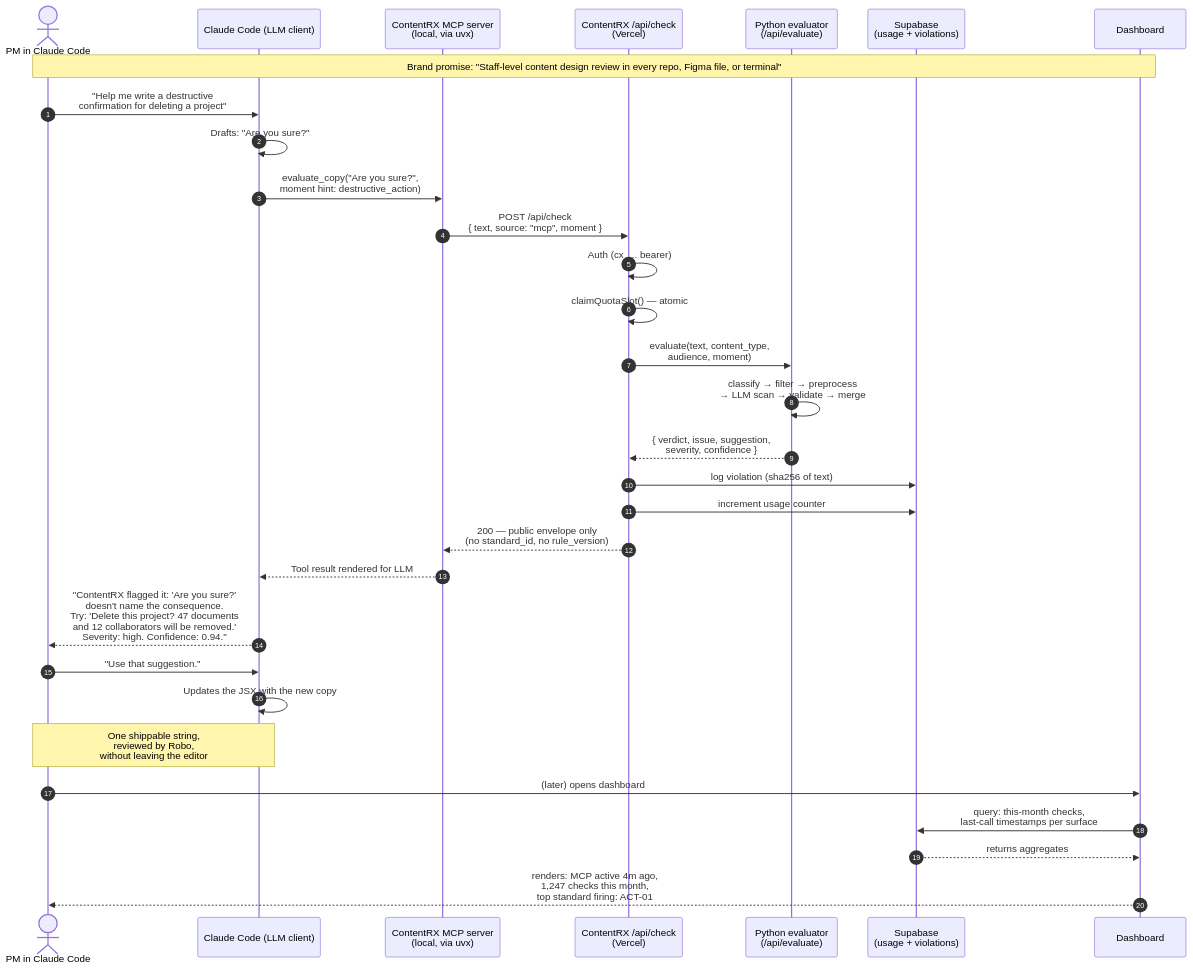
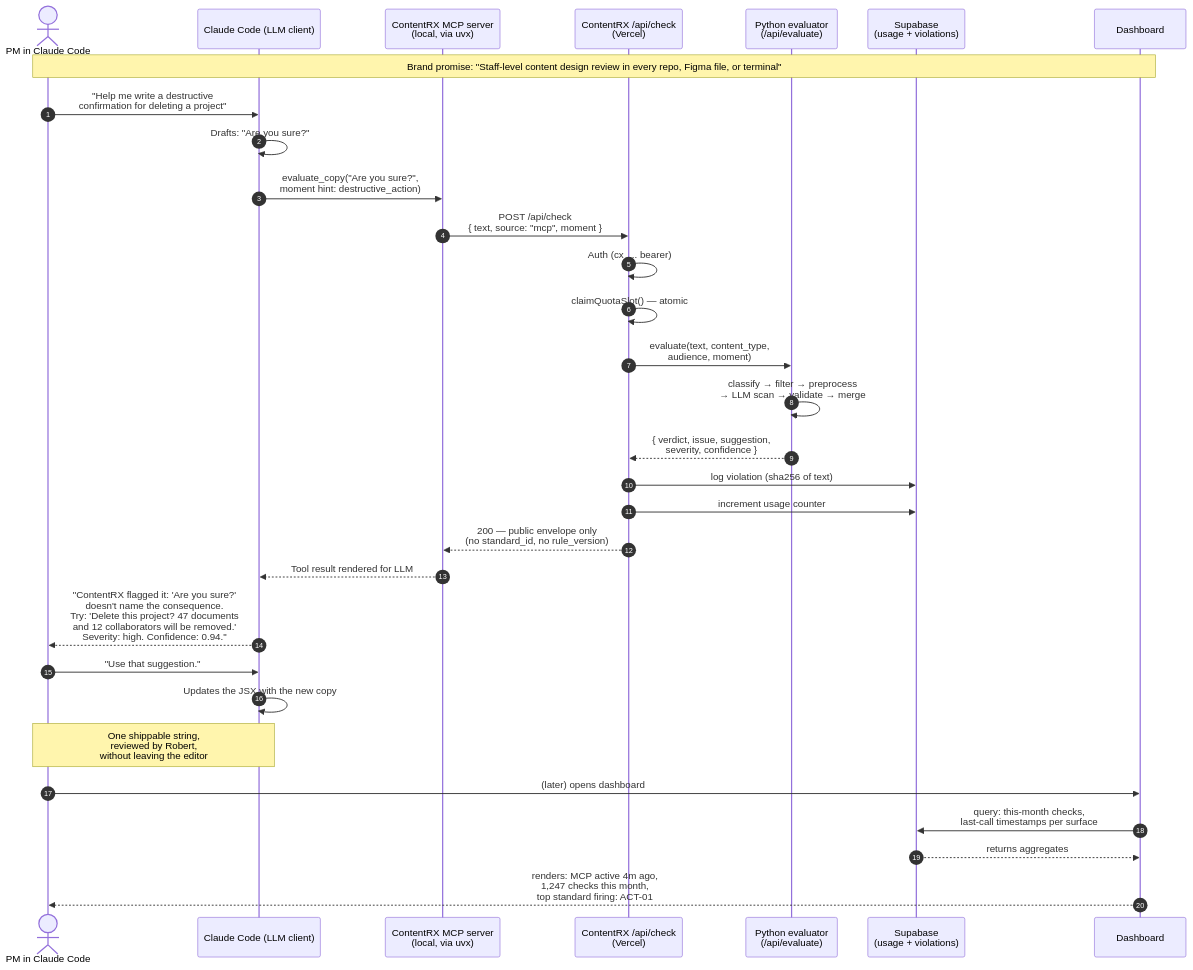
The third of 5 diagrams in customer-journey-diagrams-2026-04-26.md (thenewforktimes/contentRX), drawn with Mermaid before and after one commit. The commit also changed other lines of this file and 72 other files, not shown here.

First line of the commit message:
fix(site): footer on dashboard, Robert (not Robo) + staff title, kill /dashboard/calibrate

````diff
--- a/customer-journey-diagrams-2026-04-26.md
+++ b/customer-journey-diagrams-2026-04-26.md
@@ -140,39 +140,39 @@
 ```mermaid
 sequenceDiagram
     autonumber
     actor PM as PM in Claude Code
     participant CC as Claude Code (LLM client)
     participant MCP as ContentRX MCP server<br/>(local, via uvx)
     participant API as ContentRX /api/check<br/>(Vercel)
     participant ENG as Python evaluator<br/>(/api/evaluate)
     participant DB as Supabase<br/>(usage + violations)
     participant DASH as Dashboard
 
     Note over PM,DASH: Brand promise: "Staff-level content design review in every repo, Figma file, or terminal"
 
     PM->>CC: "Help me write a destructive<br/>confirmation for deleting a project"
     CC->>CC: Drafts: "Are you sure?"
     CC->>MCP: evaluate_copy("Are you sure?",<br/>moment hint: destructive_action)
     MCP->>API: POST /api/check<br/>{ text, source: "mcp", moment }
     API->>API: Auth (cx_... bearer)
     API->>API: claimQuotaSlot() — atomic
     API->>ENG: evaluate(text, content_type,<br/>audience, moment)
     ENG->>ENG: classify → filter → preprocess<br/>→ LLM scan → validate → merge
     ENG-->>API: { verdict, issue, suggestion,<br/>severity, confidence }
     API->>DB: log violation (sha256 of text)
     API->>DB: increment usage counter
     API-->>MCP: 200 — public envelope only<br/>(no standard_id, no rule_version)
     MCP-->>CC: Tool result rendered for LLM
 
     CC-->>PM: "ContentRX flagged it: 'Are you sure?'<br/>doesn't name the consequence.<br/>Try: 'Delete this project? 47 documents<br/>and 12 collaborators will be removed.'<br/>Severity: high. Confidence: 0.94."
 
     PM->>CC: "Use that suggestion."
     CC->>CC: Updates the JSX with the new copy
 
-    Note over PM,CC: One shippable string,<br/>reviewed by Robo,<br/>without leaving the editor
+    Note over PM,CC: One shippable string,<br/>reviewed by Robert,<br/>without leaving the editor
 
     PM->>DASH: (later) opens dashboard
     DASH->>DB: query: this-month checks,<br/>last-call timestamps per surface
     DB-->>DASH: returns aggregates
     DASH-->>PM: renders: MCP active 4m ago,<br/>1,247 checks this month,<br/>top standard firing: ACT-01
 ```
````
